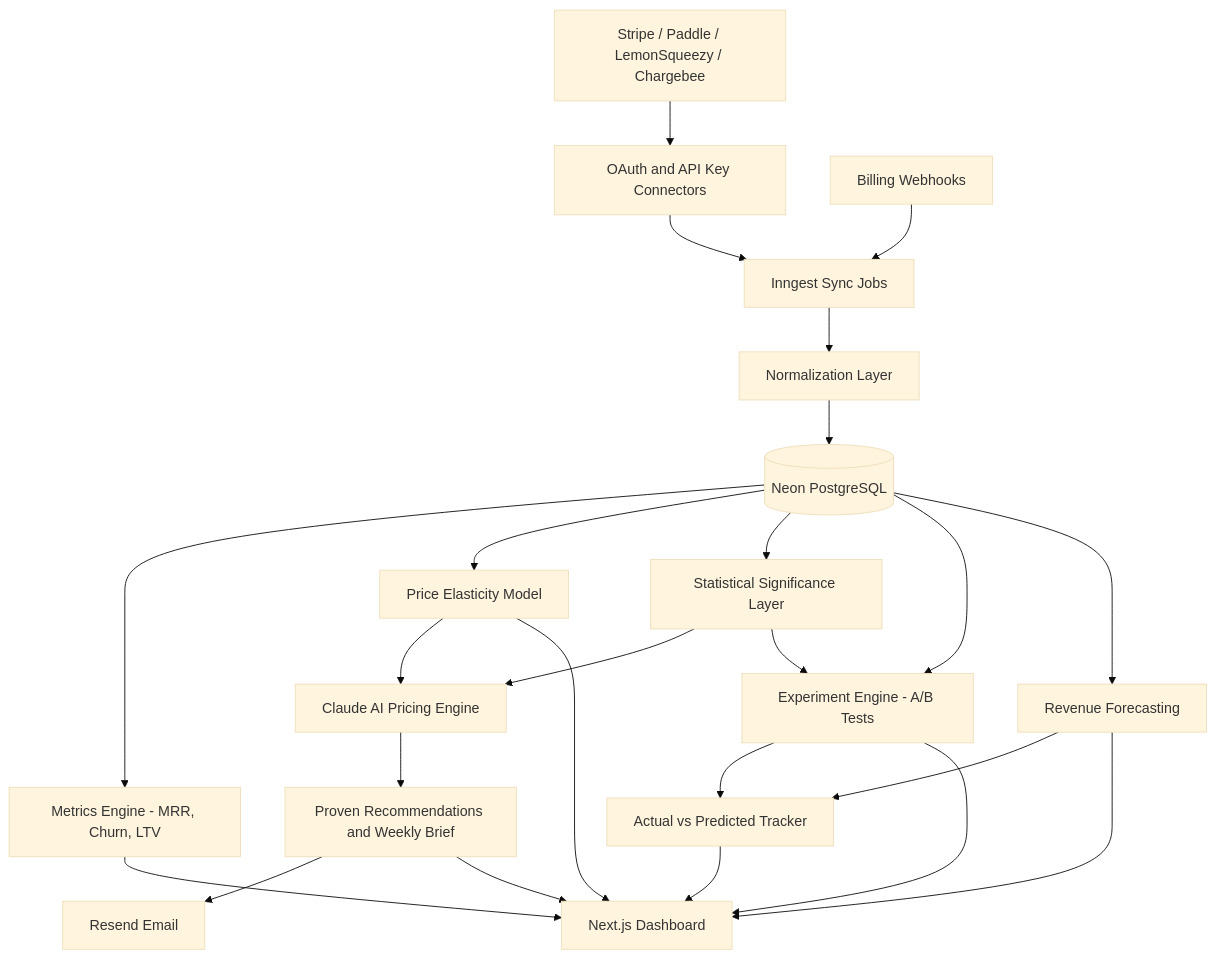
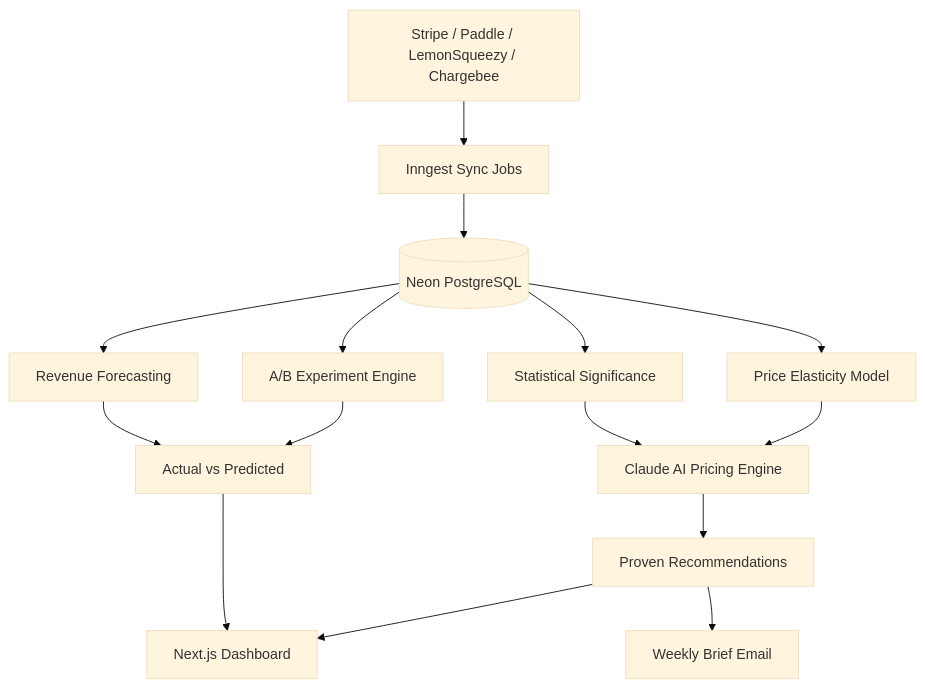
Before and after one commit to merickarpat/merickarpat: the second of 2 diagrams in README.md, drawn with Mermaid (base theme). The commit also changed other lines of this file, not shown here.

Commit message:
Simplify RevTune diagram to render reliably on mermaid.ink
The previous RevTune diagram had 24 nodes and 22 edges; mermaid.ink
appeared to be timing out / failing under that complexity (broken
image on mobile camo). Trim to 14 nodes and the same logical flow:
billing connectors -> sync -> Postgres -> elasticity & stats -> AI
-> recommendations -> dashboard, with experiment + forecast feeding
the actual-vs-predicted tracker.

````diff
--- a/README.md
+++ b/README.md
@@ -129,26 +129,17 @@
 ```mermaid
 flowchart TB
-  stripe[Stripe / Paddle / LemonSqueezy / Chargebee] --> connect[OAuth and API Key Connectors]
-  connect --> sync[Inngest Sync Jobs]
-  webhooks[Billing Webhooks] --> sync
-  sync --> normalize[Normalization Layer]
-  normalize --> db[(Neon PostgreSQL)]
-  db --> metrics[Metrics Engine - MRR, Churn, LTV]
+  src[Stripe / Paddle / LemonSqueezy / Chargebee] --> sync[Inngest Sync Jobs]
+  sync --> db[(Neon PostgreSQL)]
   db --> elasticity[Price Elasticity Model]
-  db --> stats[Statistical Significance Layer]
+  db --> stats[Statistical Significance]
   elasticity --> ai[Claude AI Pricing Engine]
   stats --> ai
-  ai --> insights[Proven Recommendations and Weekly Brief]
-  db --> experiments[Experiment Engine - A/B Tests]
-  stats --> experiments
+  ai --> insights[Proven Recommendations]
+  db --> exp[A/B Experiment Engine]
   db --> forecast[Revenue Forecasting]
-  experiments --> impact[Actual vs Predicted Tracker]
+  exp --> impact[Actual vs Predicted]
   forecast --> impact
-  insights --> resend[Resend Email]
-  metrics --> dashboard[Next.js Dashboard]
-  insights --> dashboard
-  experiments --> dashboard
-  forecast --> dashboard
-  impact --> dashboard
-  elasticity --> dashboard
+  insights --> dash[Next.js Dashboard]
+  impact --> dash
+  insights --> email[Weekly Brief Email]
 ```
````
